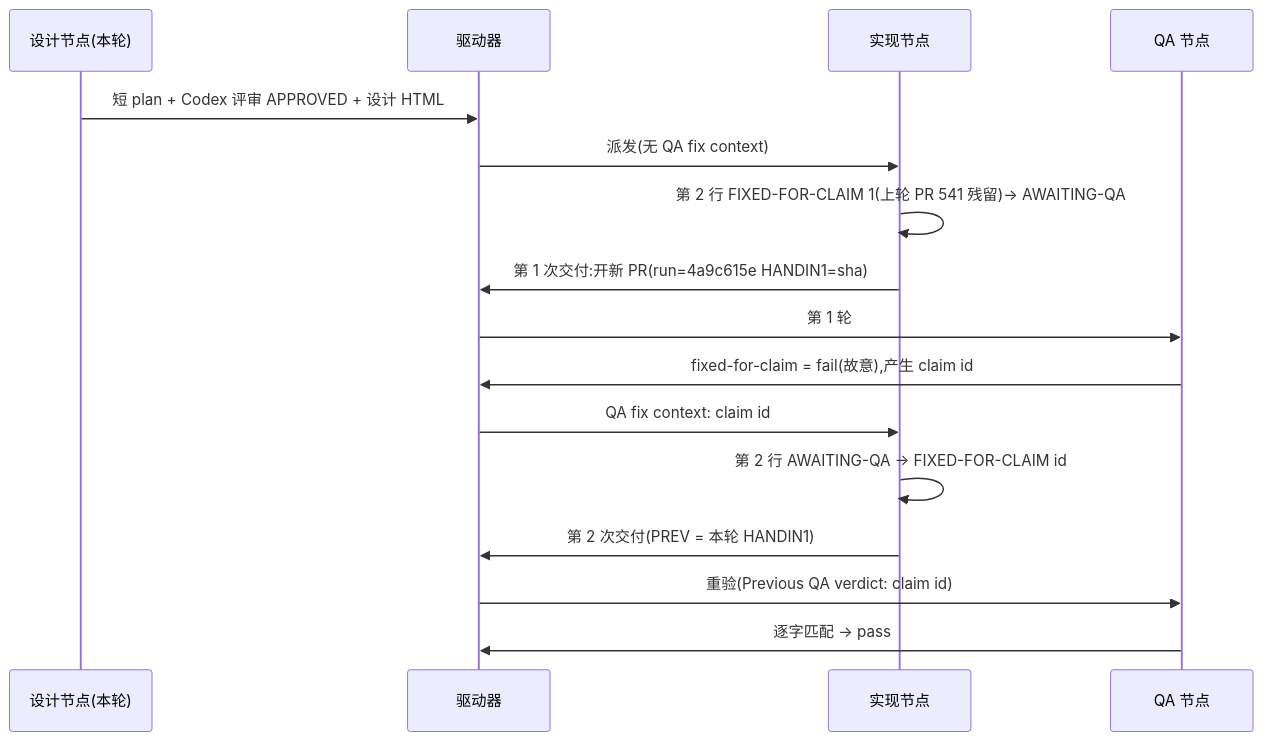
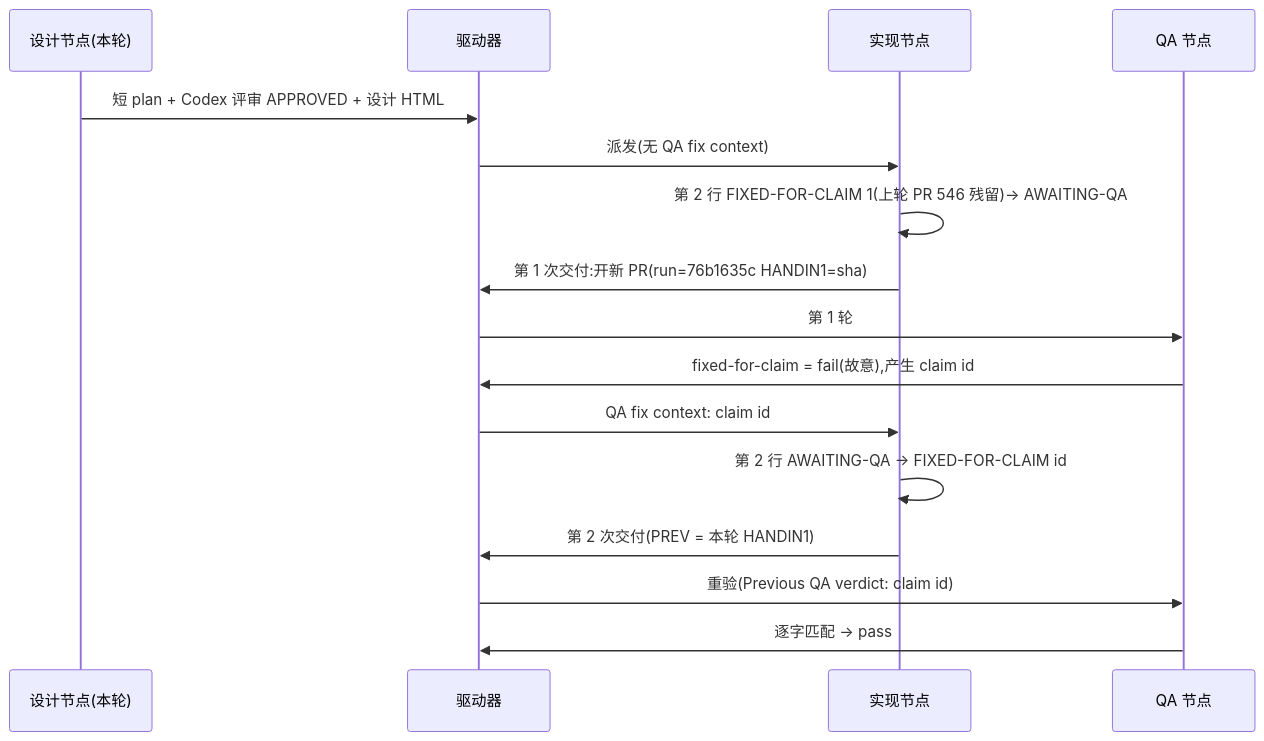
The diagram in engineering/doc/FLY-3226-real-runner-drill/d1-core-flow.mmd (xrliAnnie/flywheel-qa-sandbox), drawn with Mermaid before and after one commit. The commit also changed 4 other files, not shown here.

```diff
--- a/engineering/doc/FLY-3226-real-runner-drill/d1-core-flow.mmd
+++ b/engineering/doc/FLY-3226-real-runner-drill/d1-core-flow.mmd
@@ -1,16 +1,16 @@
 sequenceDiagram
     participant S as 设计节点(本轮)
     participant D as 驱动器
     participant I as 实现节点
     participant Q as QA 节点
     S->>D: 短 plan + Codex 评审 APPROVED + 设计 HTML
     D->>I: 派发(无 QA fix context)
-    I->>I: 第 2 行 FIXED-FOR-CLAIM 1(上轮 PR 541 残留)→ AWAITING-QA
-    I->>D: 第 1 次交付:开新 PR(run=4a9c615e HANDIN1=sha)
+    I->>I: 第 2 行 FIXED-FOR-CLAIM 1(上轮 PR 546 残留)→ AWAITING-QA
+    I->>D: 第 1 次交付:开新 PR(run=76b1635c HANDIN1=sha)
     D->>Q: 第 1 轮
     Q->>D: fixed-for-claim = fail(故意),产生 claim id
     D->>I: QA fix context: claim id
     I->>I: 第 2 行 AWAITING-QA → FIXED-FOR-CLAIM id
     I->>D: 第 2 次交付(PREV = 本轮 HANDIN1)
     D->>Q: 重验(Previous QA verdict: claim id)
     Q->>D: 逐字匹配 → pass
```
